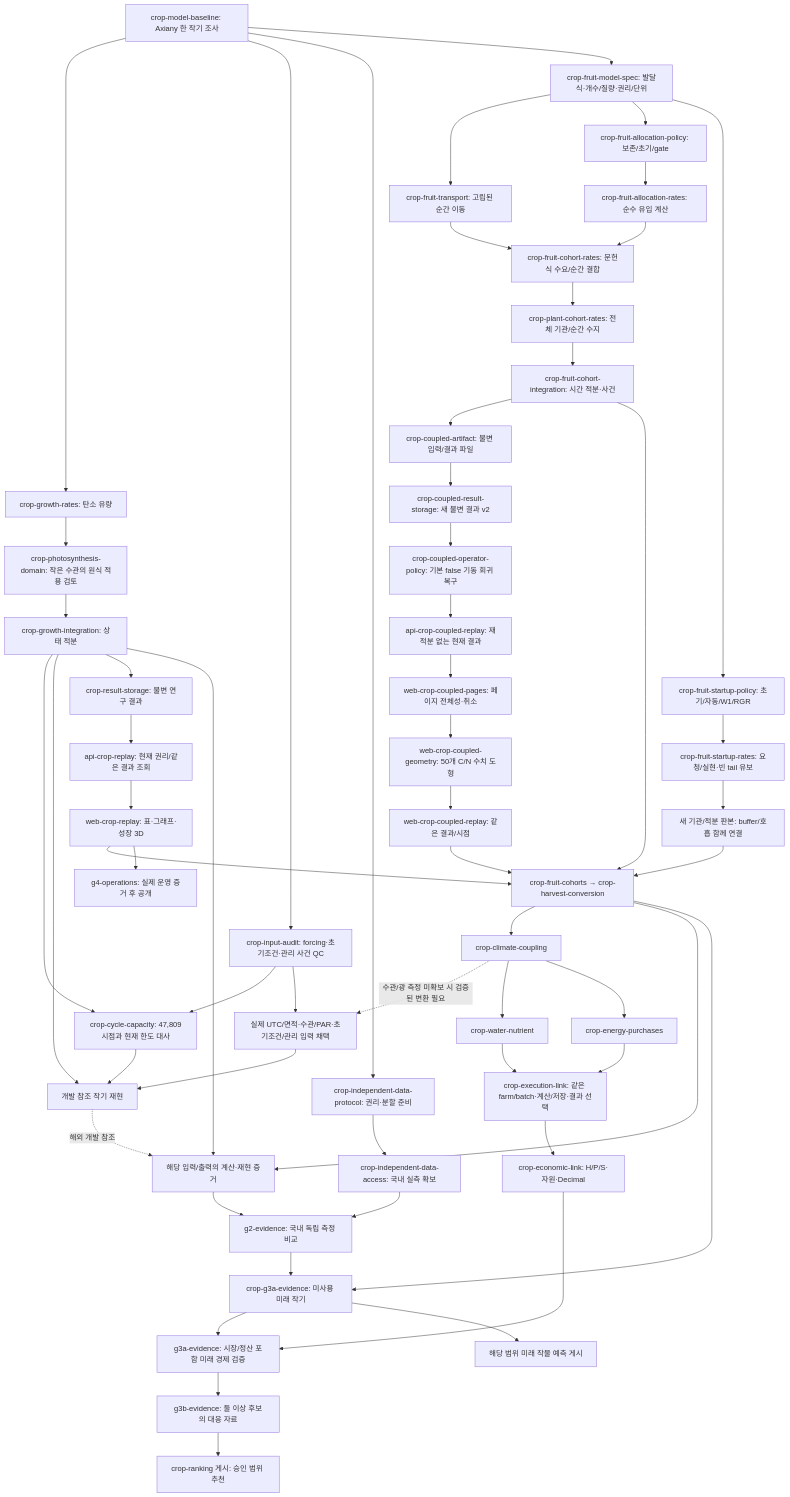
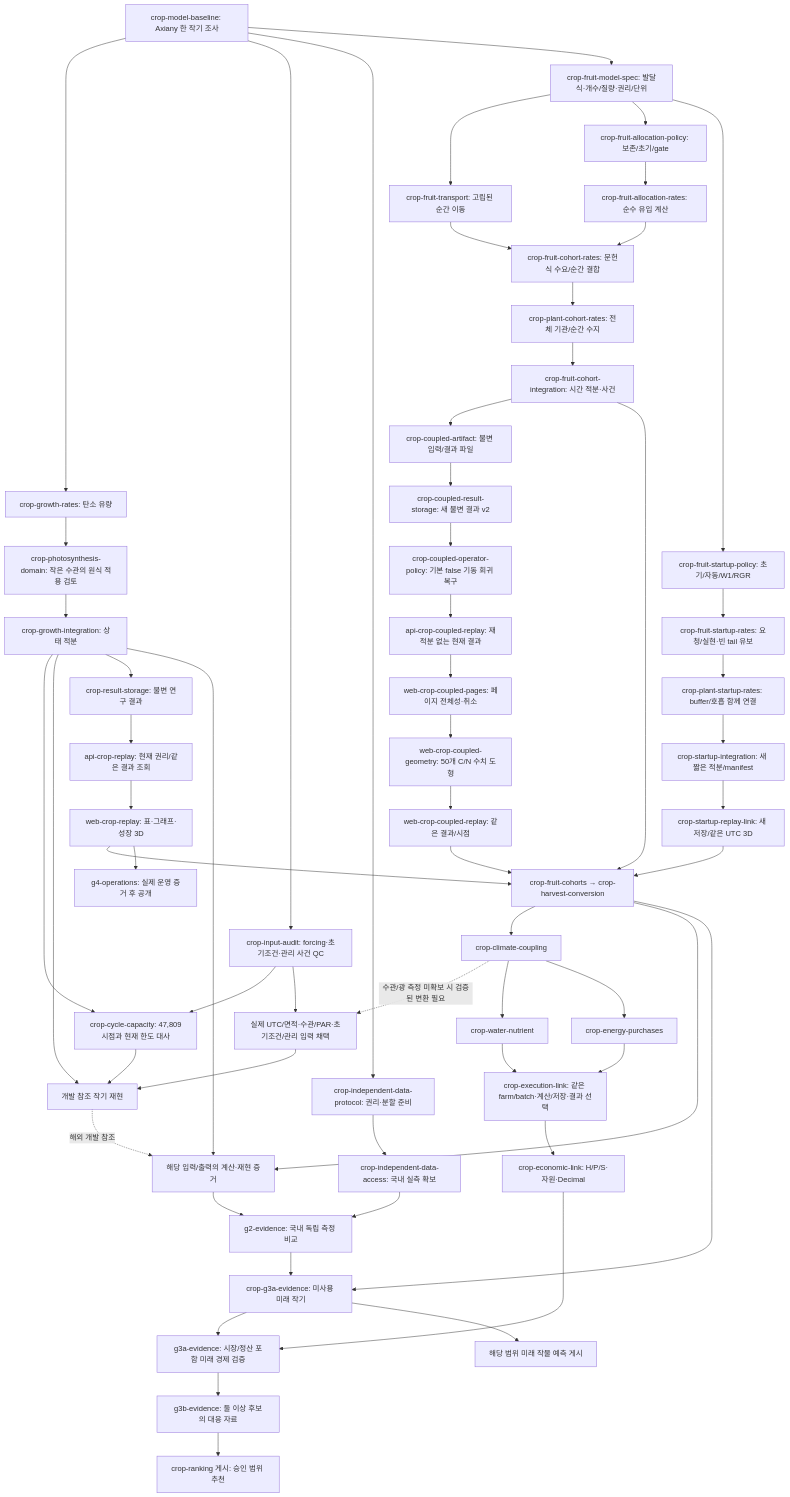
Before and after one commit to KIMSUNGHOON/OpenSmartFarmSim: the first of 2 diagrams in tasks/plan.md, drawn with Mermaid. The commit also changed other lines of this file and 10 other files, not shown here.

````diff
--- a/tasks/plan.md
+++ b/tasks/plan.md
@@ -59,60 +61,62 @@
 ```mermaid
 flowchart TD
   B["crop-model-baseline: Axiany 한 작기 조사"] --> R["crop-growth-rates: 탄소 유량"]
   B --> Q["crop-input-audit: forcing·초기조건·관리 사건 QC"]
   B --> AP["crop-independent-data-protocol: 권리·분할 준비"]
   AP --> A["crop-independent-data-access: 국내 실측 확보"]
   R --> D["crop-photosynthesis-domain: 작은 수관의 원식 적용 검토"]
   D --> I["crop-growth-integration: 상태 적분"]
   Q --> CAP["crop-cycle-capacity: 47,809시점과 현재 한도 대사"]
   I --> CAP
   CAP --> X["개발 참조 작기 재현"]
   Q --> AQ["실제 UTC/면적·수관/PAR·초기조건/관리 입력 채택"]
   AQ --> X
   I --> X
   I --> S["crop-result-storage: 불변 연구 결과"]
   S --> API["api-crop-replay: 현재 권리/같은 결과 조회"]
   API --> V["web-crop-replay: 표·그래프·성장 3D"]
   B --> FM["crop-fruit-model-spec: 발달식·개수/질량·권리/단위"]
   FM --> FT["crop-fruit-transport: 고립된 순간 이동"]
   FM --> FP["crop-fruit-allocation-policy: 보존/초기/gate"]
   FT --> CR["crop-fruit-cohort-rates: 문헌식 수요/순간 결합"]
   FP --> FA["crop-fruit-allocation-rates: 순수 유입 계산"]
   FA --> CR
   CR --> PC["crop-plant-cohort-rates: 전체 기관/순간 수지"]
   PC --> CI["crop-fruit-cohort-integration: 시간 적분·사건"]
   CI --> AF["crop-coupled-artifact: 불변 입력/결과 파일"]
   AF --> CS["crop-coupled-result-storage: 새 불변 결과 v2"]
   CS --> CP["crop-coupled-operator-policy: 기본 false 기동 회귀 복구"]
   CP --> CA["api-crop-coupled-replay: 재적분 없는 현재 결과"]
   CA --> WP["web-crop-coupled-pages: 페이지 전체성·취소"]
   WP --> WG["web-crop-coupled-geometry: 50개 C/N 수치 도형"]
   WG --> CV["web-crop-coupled-replay: 같은 결과/시점"]
   FM --> ST["crop-fruit-startup-policy: 초기/자동/W1/RGR"]
   ST --> SA["crop-fruit-startup-rates: 요청/실현·빈 tail 유보"]
-  SA --> SC["새 기관/적분 판본: buffer/호흡 함께 연결"]
+  SA --> SC["crop-plant-startup-rates: buffer/호흡 함께 연결"]
+  SC --> SI["crop-startup-integration: 새 짧은 적분/manifest"]
+  SI --> SL["crop-startup-replay-link: 새 저장/같은 UTC 3D"]
   CI --> F["crop-fruit-cohorts → crop-harvest-conversion"]
-  SC --> F
+  SL --> F
   V --> F
   CV --> F
   F --> C["crop-climate-coupling"]
   C -. 수관/광 측정 미확보 시 검증된 변환 필요 .-> AQ
   C --> W["crop-water-nutrient"]
   C --> E["crop-energy-purchases"]
   W --> L["crop-execution-link: 같은 farm/batch·계산/저장·결과 선택"]
   E --> L
   L --> M["crop-economic-link: H/P/S·자원·Decimal"]
   A --> G2["g2-evidence: 국내 독립 측정 비교"]
   I --> CALC["해당 입력/출력의 계산·재현 증거"]
   F --> CALC
   X -. 해외 개발 참조 .-> CALC
   CALC --> G2
   G2 --> G3A["crop-g3a-evidence: 미사용 미래 작기"]
   F --> G3A
   M --> EC["g3a-evidence: 시장/정산 포함 미래 경제 검증"]
   G3A --> EC
   G3A --> P["해당 범위 미래 작물 예측 게시"]
   EC --> PAIR["g3b-evidence: 둘 이상 후보의 대응 자료"]
   PAIR --> REC["crop-ranking 게시: 승인 범위 추천"]
   V --> PUB["g4-operations: 실제 운영 증거 후 공개"]
 ```
````
